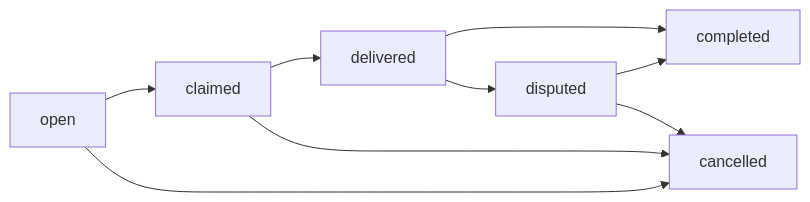
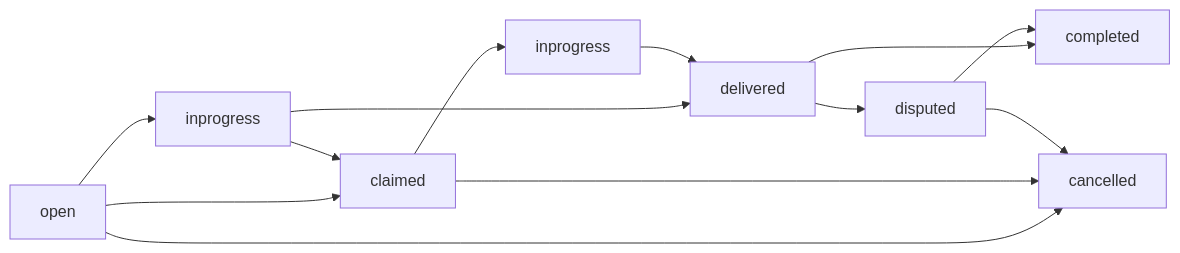
One commit to nhc/tailadmin changed the diagram in docs/task-state-machine.md. Above: the diagram before and after it, drawn with Mermaid. The commit also changed other lines of this file and 5 other files, not shown here.

````diff
--- a/docs/task-state-machine.md
+++ b/docs/task-state-machine.md
@@ -32,11 +32,15 @@
 ```mermaid
 graph LR
     A[open] --> B[claimed]
     A --> C[cancelled]
-    B --> D[delivered]
+    A --> D[inprogress]
+    B --> E[inprogress]
     B --> C
-    D --> E[completed]
-    D --> F[disputed]
-    F --> E
-    F --> C
+    D --> F[delivered]
+    D --> B
+    E --> F
+    F --> G[completed]
+    F --> H[disputed]
+    H --> G
+    H --> C
 ```
````
